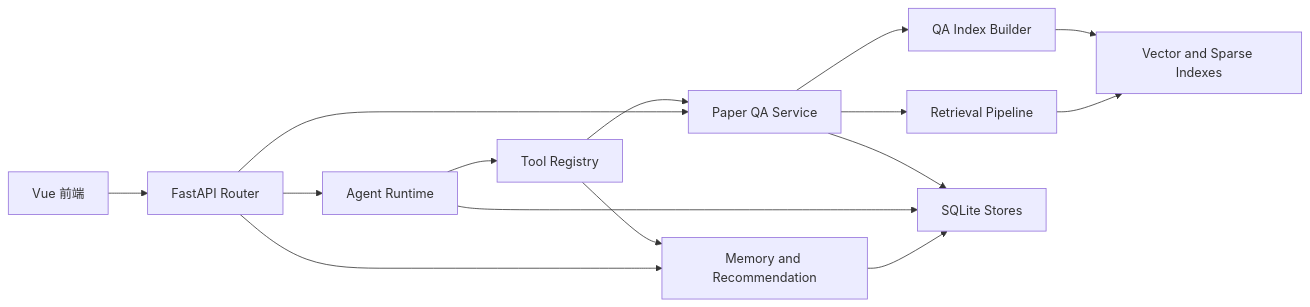
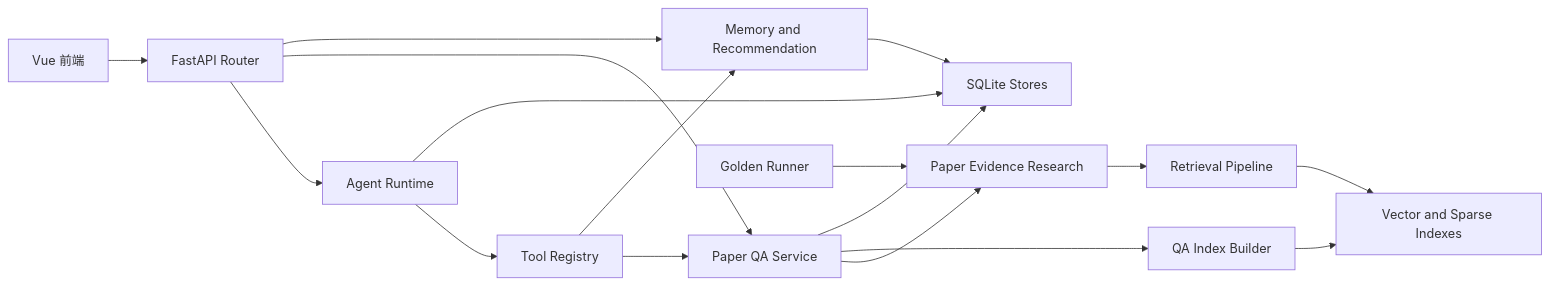
One commit to PolarisSun729/arxiv-research-agent changed the diagram in docs/architecture/system-overview.md. Above: the diagram before and after it, drawn with Mermaid. The commit also changed other lines of this file and 61 other files, not shown here.

````diff
--- a/docs/architecture/system-overview.md
+++ b/docs/architecture/system-overview.md
@@ -33,17 +35,19 @@
 ```mermaid
 flowchart LR
     UI[Vue 前端] --> API[FastAPI Router]
     API --> AGENT[Agent Runtime]
     API --> QA[Paper QA Service]
     API --> USER[Memory and Recommendation]
     AGENT --> TOOLS[Tool Registry]
     TOOLS --> QA
     TOOLS --> USER
-    QA --> RETRIEVAL[Retrieval Pipeline]
+    QA --> RESEARCH[Paper Evidence Research]
+    EVAL[Golden Runner] --> RESEARCH
+    RESEARCH --> RETRIEVAL[Retrieval Pipeline]
     QA --> INDEX[QA Index Builder]
     USER --> STORAGE[SQLite Stores]
     AGENT --> STORAGE
     QA --> STORAGE
     RETRIEVAL --> VECTOR[Vector and Sparse Indexes]
     INDEX --> VECTOR
 ```
````
